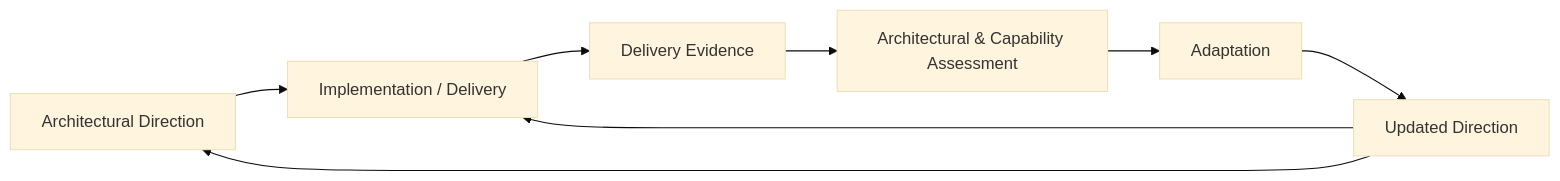
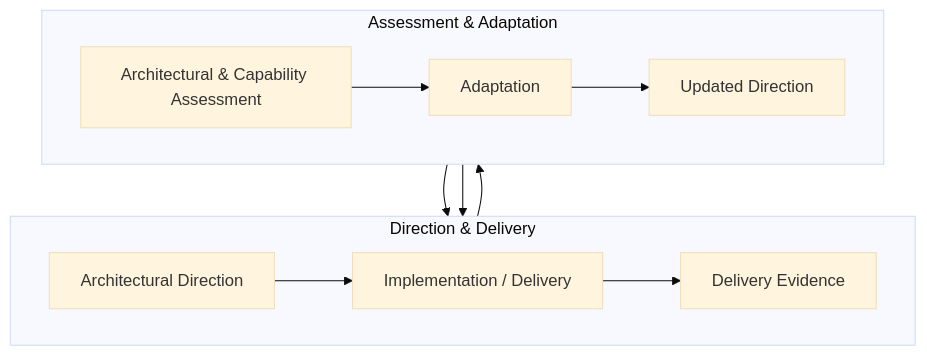
Before and after one commit to avfranco-br/portfolio: diagram 20 of 22 in docs/sop/methods/architecture-assessment-roadmap-report.v2.md, drawn with Mermaid (base theme). The commit also changed other lines of this file and 10 other files, not shown here.

Commit message:
Refactor Mermaid diagrams across SOP and methods documentation for legibility

````diff
--- a/docs/sop/methods/architecture-assessment-roadmap-report.v2.md
+++ b/docs/sop/methods/architecture-assessment-roadmap-report.v2.md
@@ -1546,16 +1562,18 @@
 ```mermaid
-flowchart LR
-    Direction["Architectural Direction"]
-    Delivery["Implementation / Delivery"]
-    Evidence["Delivery Evidence"]
-    Assessment["Architectural & Capability Assessment"]
-    Adaptation["Adaptation"]
-    Updated["Updated Direction"]
-    Direction --> Delivery
-    Delivery --> Evidence
+flowchart TD
+    subgraph Tier1["Direction & Delivery"]
+        direction LR
+        Direction["Architectural Direction"] --> Delivery["Implementation / Delivery"]
+        Delivery --> Evidence["Delivery Evidence"]
+    end
+
+    subgraph Tier2["Assessment & Adaptation"]
+        direction LR
+        Assessment["Architectural & Capability Assessment"] --> Adaptation["Adaptation"]
+        Adaptation --> Updated["Updated Direction"]
+    end
+
     Evidence --> Assessment
-    Assessment --> Adaptation
-    Adaptation --> Updated
     Updated --> Delivery
     Updated --> Direction
 ```
````
